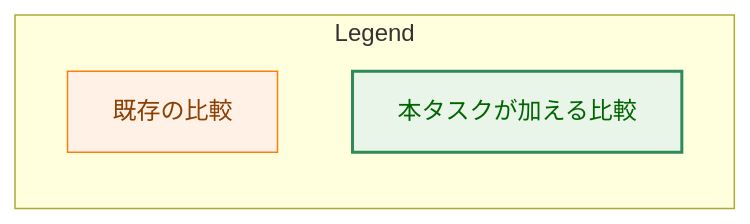
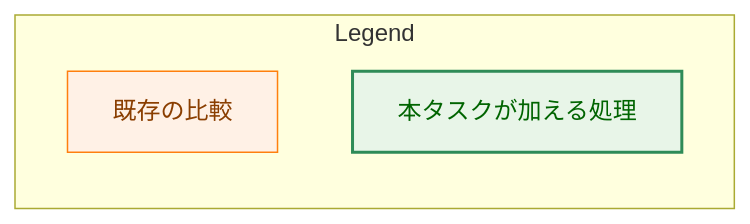
One commit to isseis/yt2column changed the ninth of 11 diagrams in docs/tasks/0034_fixprguard_ignored_files/02_architecture.md. Above: the diagram before and after it, drawn with Mermaid. The commit also changed other lines of this file and 1 other file, not shown here.

First line of the commit message:
docs(0034): address architecture review findings and polish prose

````diff
--- a/docs/tasks/0034_fixprguard_ignored_files/02_architecture.md
+++ b/docs/tasks/0034_fixprguard_ignored_files/02_architecture.md
@@ -526,11 +640,11 @@
 ```mermaid
 flowchart LR
     classDef process fill:#fff1e6,stroke:#ff7f0e,stroke-width:1px,color:#8a3e00;
     classDef enhanced fill:#e8f5e8,stroke:#2e8b57,stroke-width:2px,color:#006400;
     subgraph Legend
         L1["既存の比較"]
-        L2["本タスクが加える比較"]
+        L2["本タスクが加える処理"]
     end
     class L1 process
     class L2 enhanced
 ```
````
